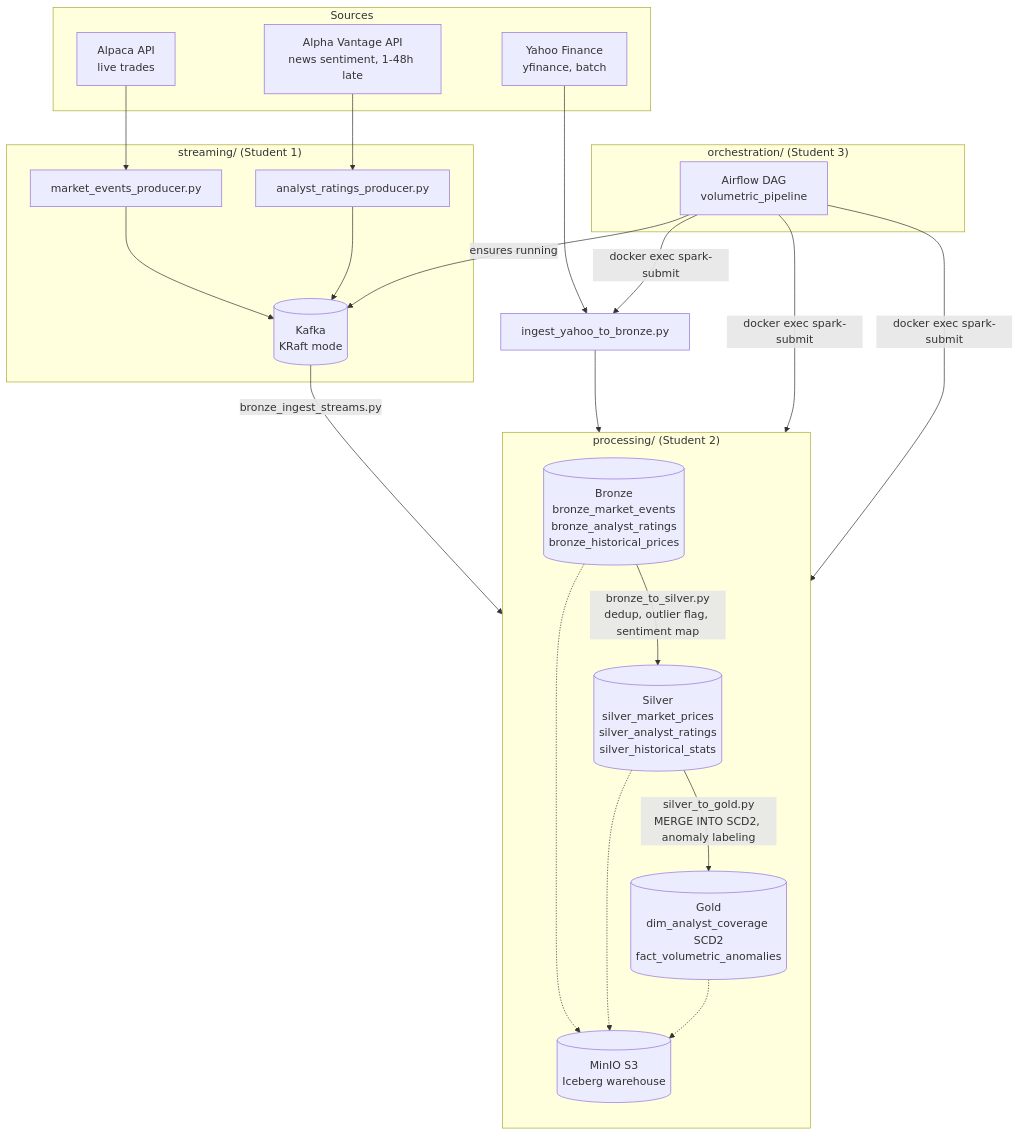
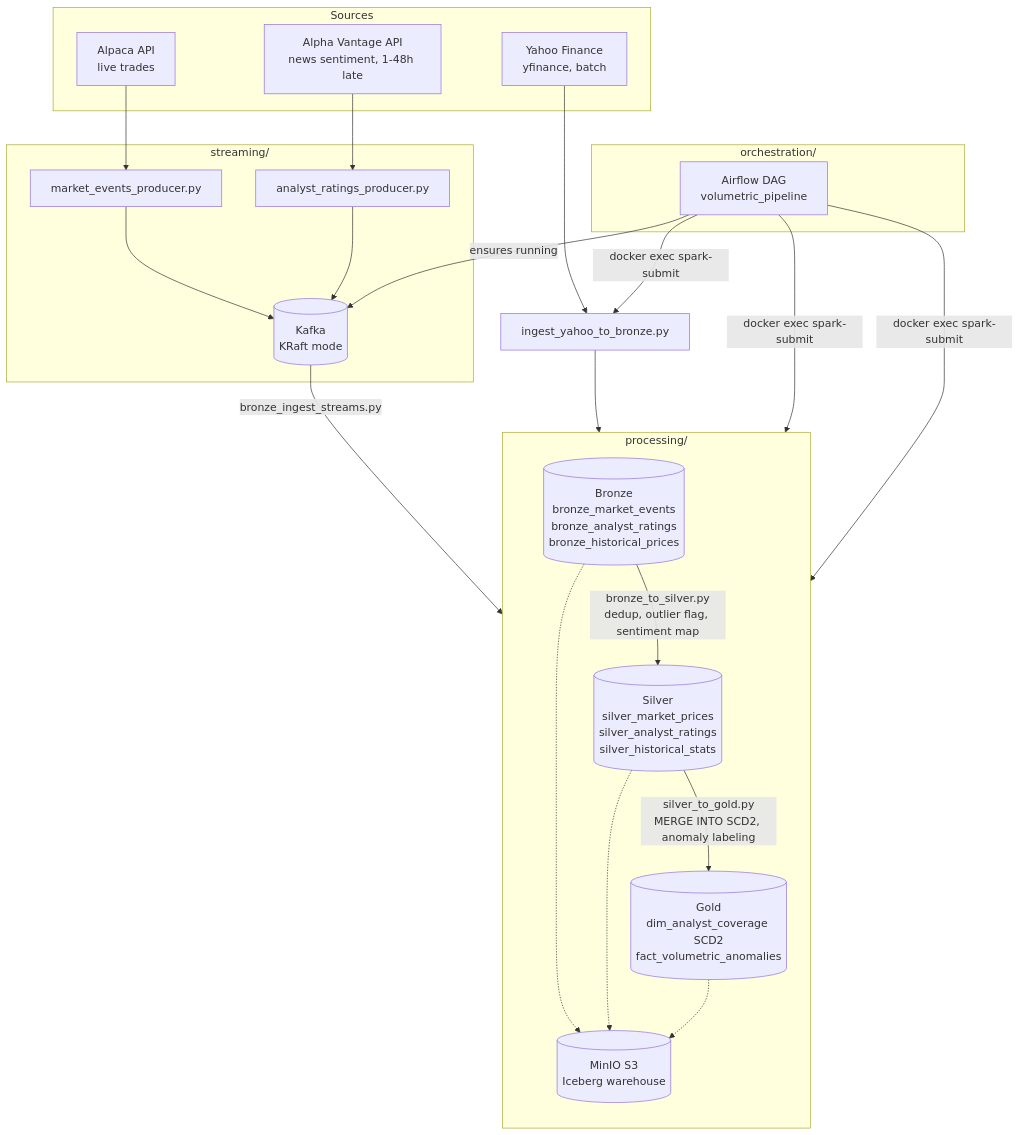
The diagram in docs/architecture.md (Data-Engineering-Final-Project/project), drawn with Mermaid before and after one commit. The commit also changed 4 other files, not shown here.

````diff
--- a/docs/architecture.md
+++ b/docs/architecture.md
@@ -8,44 +8,44 @@
 ```mermaid
 flowchart TB
     subgraph Sources
         Alpaca[Alpaca API<br/>live trades]
         AlphaVantage[Alpha Vantage API<br/>news sentiment, 1-48h late]
         Yahoo[Yahoo Finance<br/>yfinance, batch]
     end
 
-    subgraph Streaming["streaming/ (Student 1)"]
+    subgraph Streaming["streaming/"]
         Kafka[(Kafka<br/>KRaft mode)]
         MEP[market_events_producer.py]
         ARP[analyst_ratings_producer.py]
     end
 
-    subgraph Processing["processing/ (Student 2)"]
+    subgraph Processing["processing/"]
         direction TB
         Bronze[(Bronze<br/>bronze_market_events<br/>bronze_analyst_ratings<br/>bronze_historical_prices)]
         Silver[(Silver<br/>silver_market_prices<br/>silver_analyst_ratings<br/>silver_historical_stats)]
         Gold[(Gold<br/>dim_analyst_coverage SCD2<br/>fact_volumetric_anomalies)]
         MinIO[(MinIO S3<br/>Iceberg warehouse)]
     end
 
-    subgraph Orchestration["orchestration/ (Student 3)"]
+    subgraph Orchestration["orchestration/"]
         Airflow[Airflow DAG<br/>volumetric_pipeline]
     end
 
     Alpaca --> MEP --> Kafka
     AlphaVantage --> ARP --> Kafka
     Yahoo --> Yahoo_job[ingest_yahoo_to_bronze.py]
 
     Kafka -->|bronze_ingest_streams.py| Bronze
     Yahoo_job --> Bronze
     Bronze -->|bronze_to_silver.py<br/>dedup, outlier flag, sentiment map| Silver
     Silver -->|silver_to_gold.py<br/>MERGE INTO SCD2, anomaly labeling| Gold
 
     Bronze -.-> MinIO
     Silver -.-> MinIO
     Gold -.-> MinIO
 
     Airflow -->|docker exec spark-submit| Yahoo_job
     Airflow -->|docker exec spark-submit| Bronze
     Airflow -->|docker exec spark-submit| Silver
     Airflow -->|ensures running| Kafka
 ```
````
